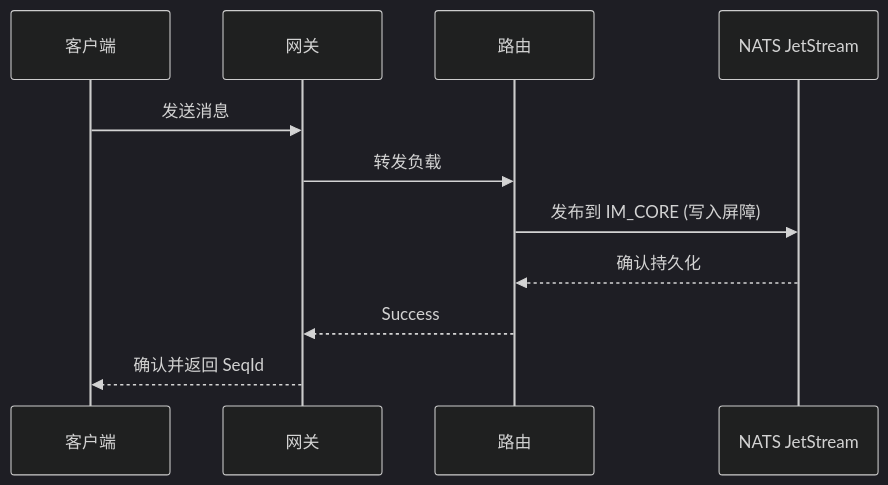
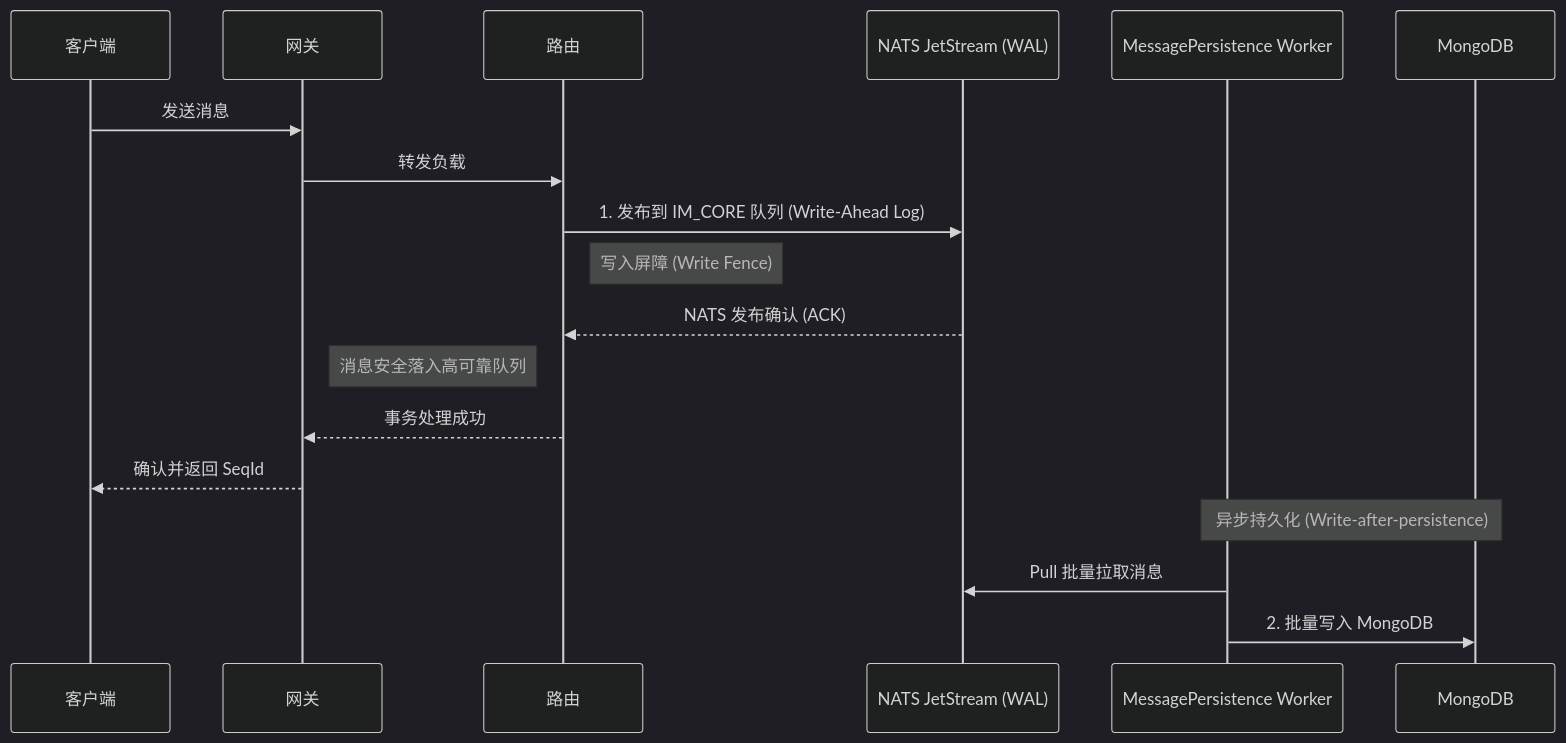
Before and after one commit to JamesWilson19970101/ocean.chat.docs: the second of 2 diagrams in i18n/zh-CN/docusaurus-plugin-content-docs/current/devdocs/jetstream-strategy.md, drawn with Mermaid (dark theme). The commit also changed other lines of this file and 16 other files, not shown here.

First line of the commit message:
docs: Refine message delivery, NATS JetStream, and reliability architecture

````diff
--- a/i18n/zh-CN/docusaurus-plugin-content-docs/current/devdocs/jetstream-strategy.md
+++ b/i18n/zh-CN/docusaurus-plugin-content-docs/current/devdocs/jetstream-strategy.md
@@ -263,14 +350,24 @@
 ```mermaid
 sequenceDiagram
     participant C as 客户端
     participant G as 网关
     participant R as 路由
-    participant N as NATS JetStream
+    participant N as NATS JetStream (WAL)
+    participant W as MessagePersistence Worker
+    participant DB as MongoDB
 
     C->>G: 发送消息
     G->>R: 转发负载
-    R->>N: 发布到 IM_CORE (写入屏障)
-    N-->>R: 确认持久化
-    R-->>G: Success
+    R->>N: 1. 发布到 IM_CORE 队列 (Write-Ahead Log)
+
+    note right of R: 写入屏障 (Write Fence)
+    N-->>R: NATS 发布确认 (ACK)
+
+    note left of R: 消息安全落入高可靠队列
+    R-->>G: 事务处理成功
     G-->>C: 确认并返回 SeqId
+
+    note over W, DB: 异步持久化 (Write-after-persistence)
+    W->>N: Pull 批量拉取消息
+    W->>DB: 2. 批量写入 MongoDB
 ```
````
